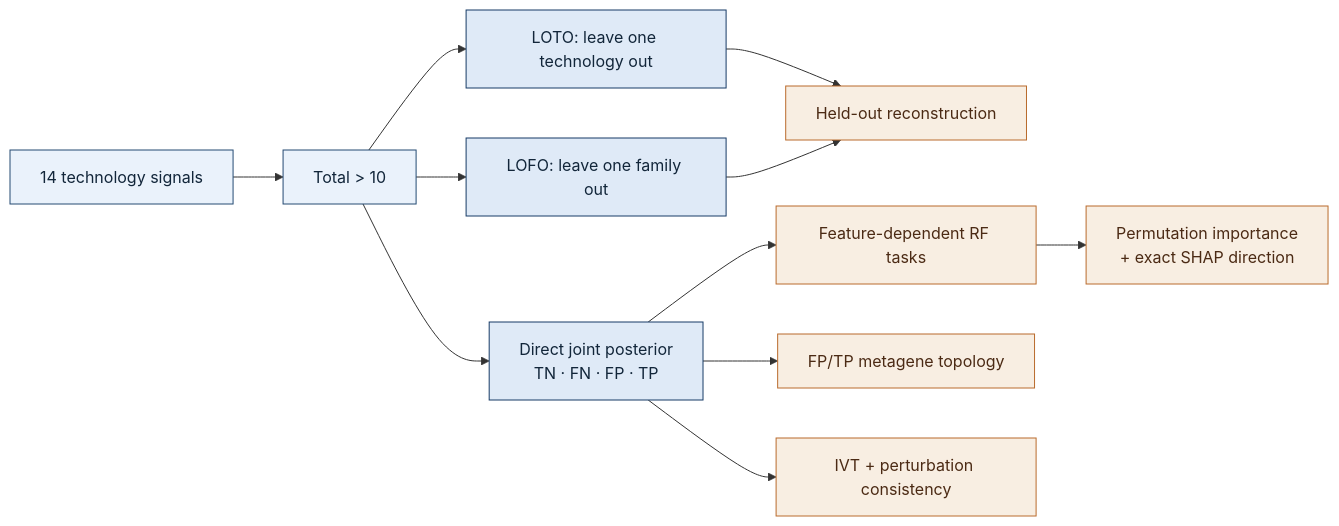
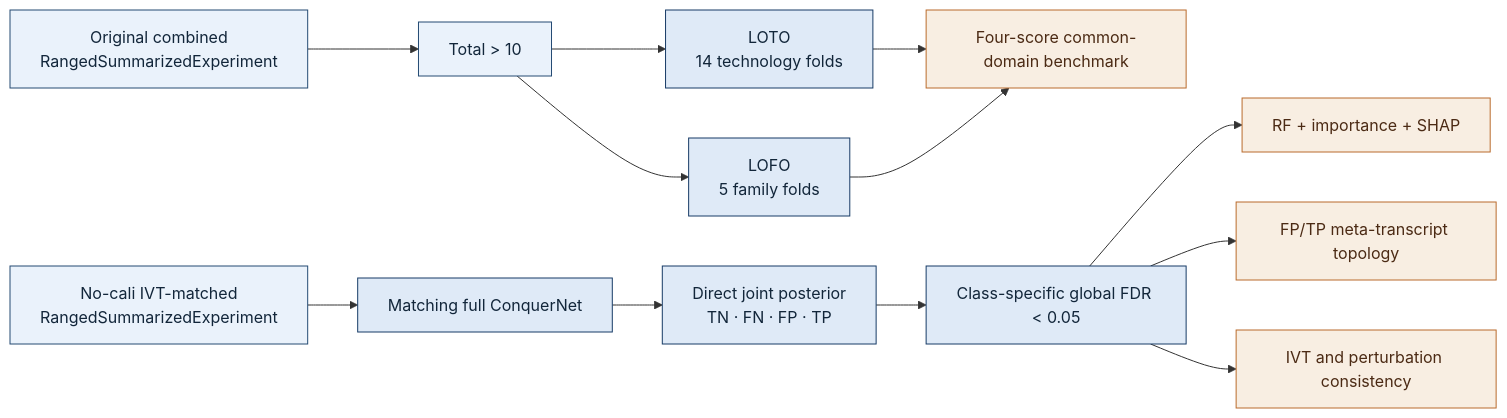
Before and after one commit to Ci-yo/SURF-2026-ConquerNet-Benchmarking: the diagram in README.md, drawn with Mermaid. The commit also changed other lines of this file and 47 other files, not shown here.

````diff
--- a/README.md
+++ b/README.md
@@ -35,20 +47,22 @@
 ```mermaid
 flowchart LR
-    A[14 technology signals] --> B[Total > 10]
-    B --> C[LOTO: leave one technology out]
-    B --> D[LOFO: leave one family out]
-    B --> E[Direct joint posterior<br/>TN · FN · FP · TP]
-    C --> F[Held-out reconstruction]
-    D --> F
-    E --> G[Feature-dependent RF tasks]
-    G --> H[Permutation importance<br/>+ exact SHAP direction]
-    E --> I[FP/TP metagene topology]
-    E --> J[IVT + perturbation consistency]
+    A[Original combined<br/>RangedSummarizedExperiment] --> B[Total > 10]
+    B --> C[LOTO<br/>14 technology folds]
+    B --> D[LOFO<br/>5 family folds]
+    C --> E[Four-score common-domain benchmark]
+    D --> E
+
+    F[No-cali IVT-matched<br/>RangedSummarizedExperiment] --> G[Matching full ConquerNet]
+    G --> H[Direct joint posterior<br/>TN · FN · FP · TP]
+    H --> I[Class-specific global FDR < 0.05]
+    I --> J[RF + importance + SHAP]
+    I --> K[FP/TP meta-transcript topology]
+    I --> L[IVT and perturbation consistency]
 
     classDef input fill:#eaf2fb,stroke:#244a73,color:#12263a;
     classDef model fill:#dfeaf7,stroke:#173b66,color:#12263a;
     classDef result fill:#f8eee2,stroke:#b96b2c,color:#4b2a14;
-    class A,B input;
-    class C,D,E model;
-    class F,G,H,I,J result;
+    class A,B,F input;
+    class C,D,G,H,I model;
+    class E,J,K,L result;
 ```
````
